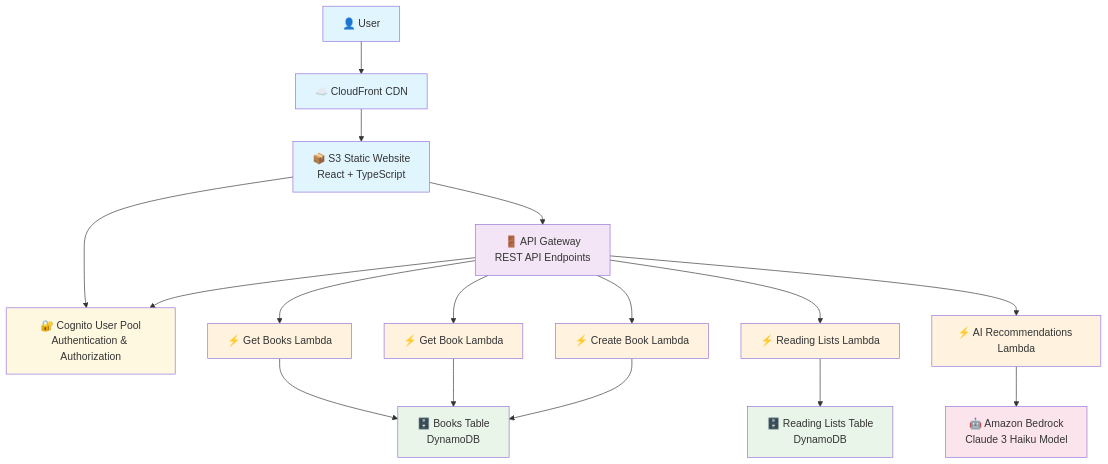
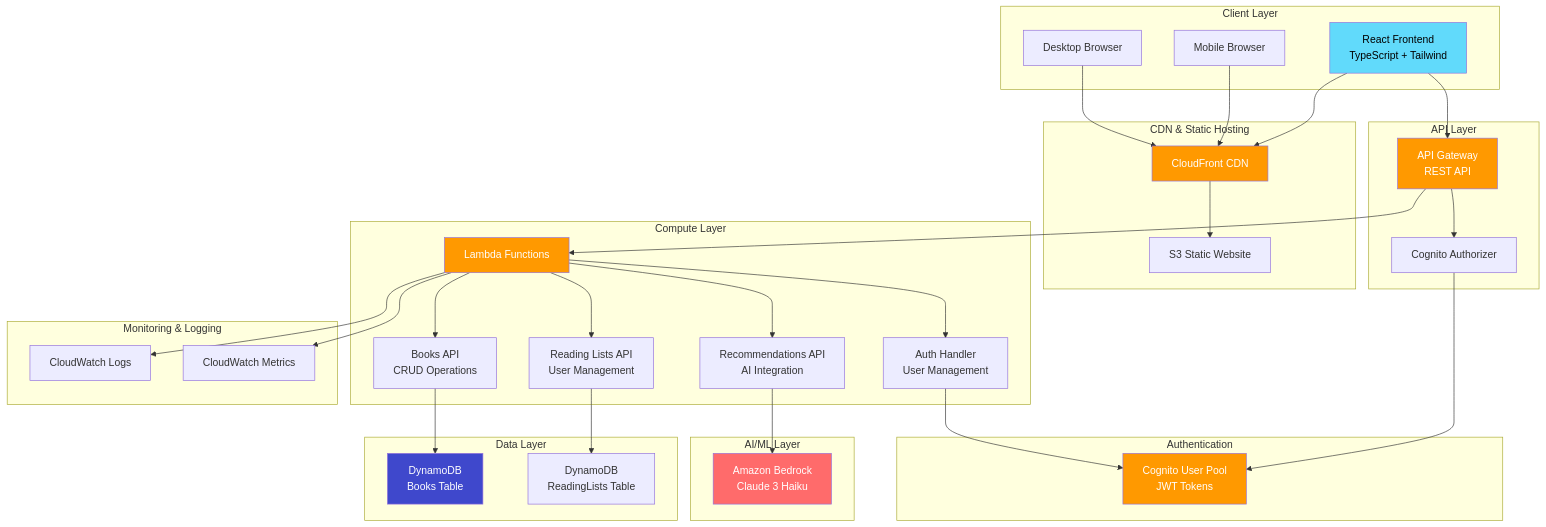
The first of 2 diagrams in ARCHITECTURE.md (spaceiron/library-recomadation-system), drawn with Mermaid before and after one commit. The commit also changed other lines of this file and 19 other files, not shown here.

First line of the commit message:
feat: Complete AWS deployment with CloudFront and CI/CD

````diff
--- a/ARCHITECTURE.md
+++ b/ARCHITECTURE.md
@@ -9,46 +9,71 @@
 ```mermaid
 graph TB
-    %% User Layer
-    User[👤 User] --> CF[☁️ CloudFront CDN]
+    subgraph "Client Layer"
+        A[React Frontend<br/>TypeScript + Tailwind]
+        B[Mobile Browser]
+        C[Desktop Browser]
+    end
 
-    %% Frontend Layer
-    CF --> S3[📦 S3 Static Website<br/>React + TypeScript]
+    subgraph "CDN & Static Hosting"
+        D[CloudFront CDN]
+        E[S3 Static Website]
+    end
 
-    %% API Layer
-    S3 --> APIG[🚪 API Gateway<br/>REST API Endpoints]
+    subgraph "API Layer"
+        F[API Gateway<br/>REST API]
+        G[Cognito Authorizer]
+    end
 
-    %% Authentication
-    S3 --> Cognito[🔐 Cognito User Pool<br/>Authentication & Authorization]
-    APIG --> Cognito
+    subgraph "Compute Layer"
+        H[Lambda Functions]
+        H1[Books API<br/>CRUD Operations]
+        H2[Reading Lists API<br/>User Management]
+        H3[Recommendations API<br/>AI Integration]
+        H4[Auth Handler<br/>User Management]
+    end
 
-    %% Lambda Functions
-    APIG --> L1[⚡ Get Books Lambda]
-    APIG --> L2[⚡ Get Book Lambda]
-    APIG --> L3[⚡ Create Book Lambda]
-    APIG --> L4[⚡ Reading Lists Lambda]
-    APIG --> L5[⚡ AI Recommendations Lambda]
+    subgraph "Data Layer"
+        I[DynamoDB<br/>Books Table]
+        J[DynamoDB<br/>ReadingLists Table]
+    end
 
-    %% Database Layer
-    L1 --> DDB1[🗄️ Books Table<br/>DynamoDB]
-    L2 --> DDB1
-    L3 --> DDB1
-    L4 --> DDB2[🗄️ Reading Lists Table<br/>DynamoDB]
+    subgraph "AI/ML Layer"
+        K[Amazon Bedrock<br/>Claude 3 Haiku]
+    end
 
-    %% AI Layer
-    L5 --> Bedrock[🤖 Amazon Bedrock<br/>Claude 3 Haiku Model]
+    subgraph "Authentication"
+        L[Cognito User Pool<br/>JWT Tokens]
+    end
 
-    %% Styling
-    classDef frontend fill:#e1f5fe
-    classDef api fill:#f3e5f5
-    classDef lambda fill:#fff3e0
-    classDef database fill:#e8f5e8
-    classDef ai fill:#fce4ec
-    classDef auth fill:#fff8e1
+    subgraph "Monitoring & Logging"
+        M[CloudWatch Logs]
+        N[CloudWatch Metrics]
+    end
 
-    class User,CF,S3 frontend
-    class APIG api
-    class L1,L2,L3,L4,L5 lambda
-    class DDB1,DDB2 database
-    class Bedrock ai
-    class Cognito auth
+    A --> D
+    B --> D
+    C --> D
+    D --> E
+    A --> F
+    F --> G
+    G --> L
+    F --> H
+    H --> H1
+    H --> H2
+    H --> H3
+    H --> H4
+    H1 --> I
+    H2 --> J
+    H3 --> K
+    H4 --> L
+    H --> M
+    H --> N
+
+    style A fill:#61dafb,color:#000
+    style D fill:#ff9900,color:#fff
+    style F fill:#ff9900,color:#fff
+    style H fill:#ff9900,color:#fff
+    style I fill:#3f48cc,color:#fff
+    style K fill:#ff6b6b,color:#fff
+    style L fill:#ff9900,color:#fff
 ```
````
